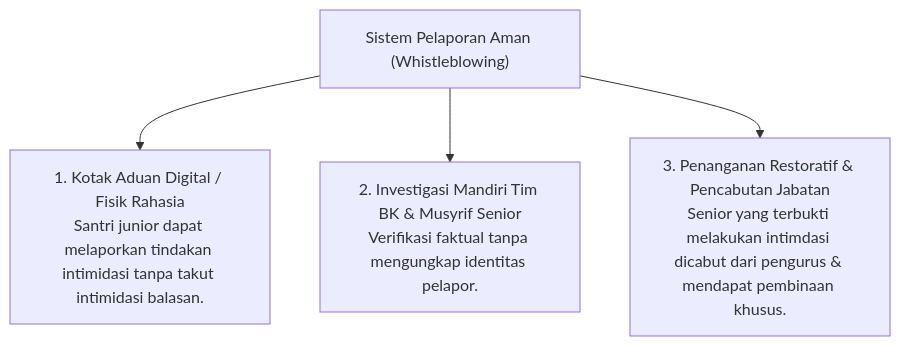
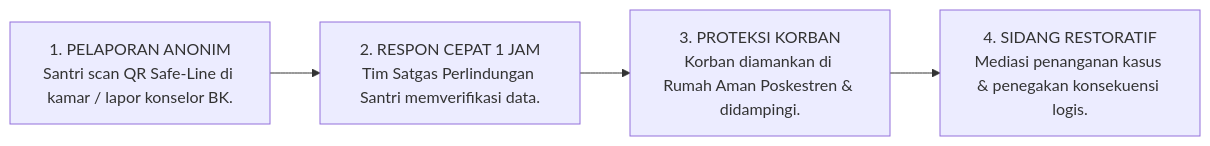
Before and after one commit to wandiapriliyandi/tumbuh: the seventh of 7 diagrams in 04 Progression Framework/04 Mastery Progression/P4-04-04-Sistem-Keteladanan-Qudwah-dan-Anti-Feodalisme.md, drawn with Mermaid. The commit also changed other lines of this file and 6 other files, not shown here.

````diff
--- a/04 Progression Framework/04 Mastery Progression/P4-04-04-Sistem-Keteladanan-Qudwah-dan-Anti-Feodalisme.md
+++ b/04 Progression Framework/04 Mastery Progression/P4-04-04-Sistem-Keteladanan-Qudwah-dan-Anti-Feodalisme.md
@@ -44,7 +192,7 @@
 ```mermaid
-graph TD
-    Report["Sistem Pelaporan Aman (Whistleblowing)"]
-    Report --> Box["1. Kotak Aduan Digital / Fisik Rahasia<br/>Santri junior dapat melaporkan tindakan intimidasi tanpa takut intimidasi balasan."]
-    Report --> BK["2. Investigasi Mandiri Tim BK & Musyrif Senior<br/>Verifikasi faktual tanpa mengungkap identitas pelapor."]
-    Report --> Action["3. Penanganan Restoratif & Pencabutan Jabatan<br/>Senior yang terbukti melakukan intimdasi dicabut dari pengurus & mendapat pembinaan khusus."]
+flowchart LR
+    Lapor["1. PELAPORAN ANONIM<br/>Santri scan QR Safe-Line di kamar / lapor konselor BK."]
+    --> Respon["2. RESPON CEPAT 1 JAM<br/>Tim Satgas Perlindungan Santri memverifikasi data."]
+    --> Proteksi["3. PROTEKSI KORBAN<br/>Korban diamankan di Rumah Aman Poskestren & didampingi."]
+    --> Sidang["4. SIDANG RESTORATIF<br/>Mediasi penanganan kasus & penegakan konsekuensi logis."]
 ```
````
